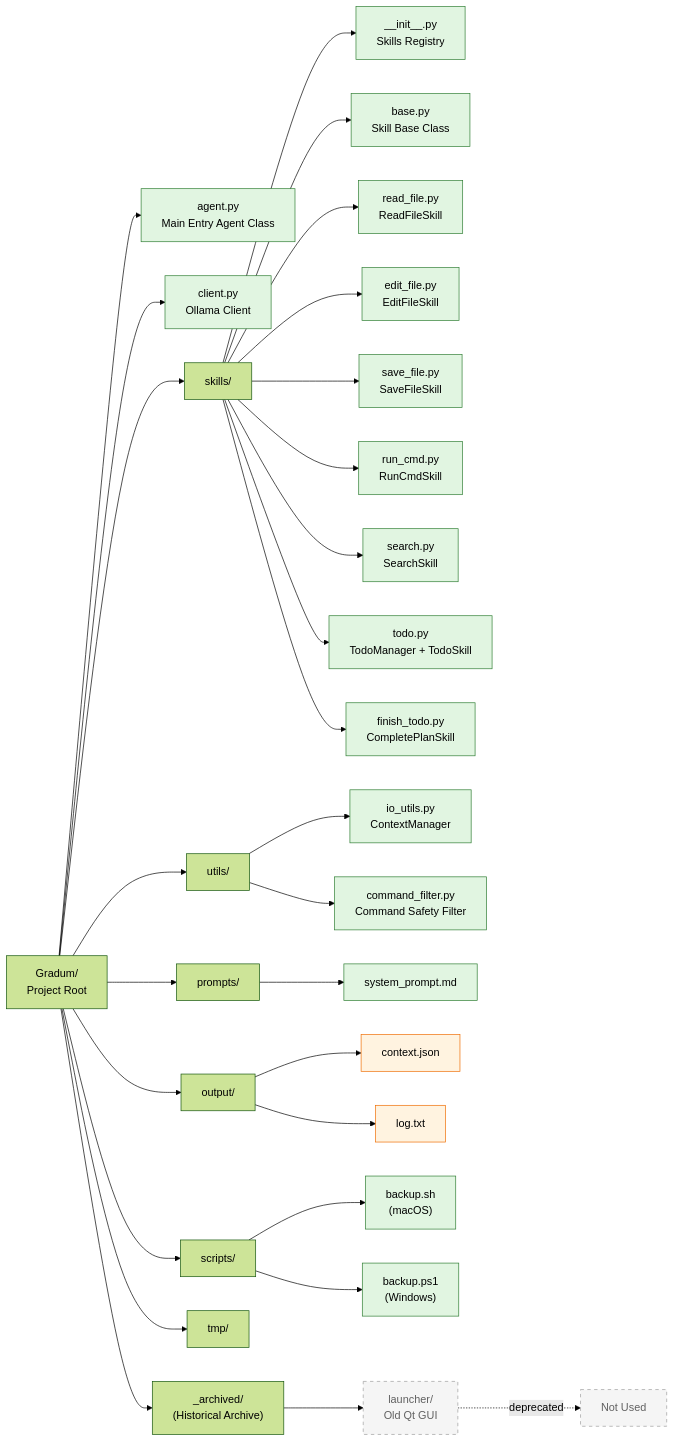
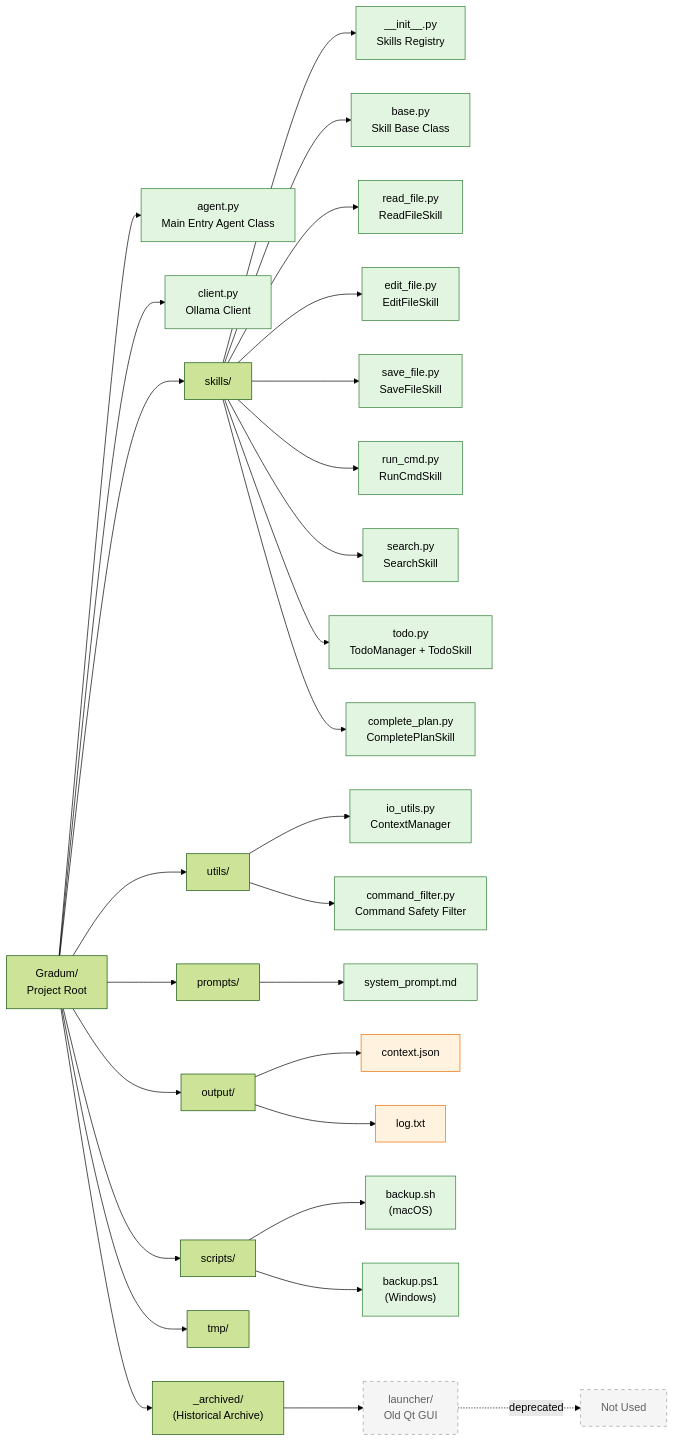
The first of 14 diagrams in docs/ARCHITECTURE.md (lg841226/Gradum), drawn with Mermaid (forest theme) before and after one commit. The commit also changed other lines of this file and 15 other files, not shown here.

````diff
--- a/docs/ARCHITECTURE.md
+++ b/docs/ARCHITECTURE.md
@@ -193,47 +193,47 @@
 ```mermaid
 graph LR
     Root["Gradum/<br/>Project Root"]
 
     Root --> Agent["agent.py<br/>Main Entry Agent Class"]
     Root --> Client["client.py<br/>Ollama Client"]
 
     Root --> SkillsDir["skills/"]
     Root --> Utils["utils/"]
     Root --> Prompts["prompts/"]
     Root --> Output["output/"]
     Root --> Scripts["scripts/"]
     Root --> Tmp["tmp/"]
     Root --> Archived["_archived/<br/>(Historical Archive)"]
 
     SkillsDir --> SK_Init["__init__.py<br/>Skills Registry"]
     SkillsDir --> SK_Base["base.py<br/>Skill Base Class"]
     SkillsDir --> SK_Read["read_file.py<br/>ReadFileSkill"]
     SkillsDir --> SK_Edit["edit_file.py<br/>EditFileSkill"]
     SkillsDir --> SK_Save["save_file.py<br/>SaveFileSkill"]
     SkillsDir --> SK_Cmd["run_cmd.py<br/>RunCmdSkill"]
     SkillsDir --> SK_Search["search.py<br/>SearchSkill"]
     SkillsDir --> SK_Todo["todo.py<br/>TodoManager + TodoSkill"]
-    SkillsDir --> SK_Finish["finish_todo.py<br/>CompletePlanSkill"]
+    SkillsDir --> SK_Finish["complete_plan.py<br/>CompletePlanSkill"]
 
     Utils --> IO["io_utils.py<br/>ContextManager"]
     Utils --> CF["command_filter.py<br/>Command Safety Filter"]
 
     Prompts --> SysPrompt["system_prompt.md"]
 
     Output --> Ctx["context.json"]
     Output --> Log["log.txt"]
 
     Scripts --> Bsh["backup.sh<br/>(macOS)"]
     Scripts --> Bps1["backup.ps1<br/>(Windows)"]
 
     Archived --> Launcher["launcher/<br/>Old Qt GUI"]
     Launcher -.->|"deprecated"| NoUse["Not Used"]
 
     classDef active fill:#e1f5e1,stroke:#2e7d32,color:#000
     classDef archive fill:#f5f5f5,stroke:#9e9e9e,color:#616161,stroke-dasharray: 5
     classDef data fill:#fff3e0,stroke:#ef6c00,color:#000
 
     class Agent,Client,SK_Init,SK_Base,SK_Read,SK_Edit,SK_Save,SK_Cmd,SK_Search,SK_Todo,SK_Finish,IO,CF,SysPrompt,Bsh,Bps1 active
     class Ctx,Log data
     class Launcher,NoUse archive
 ```
````
